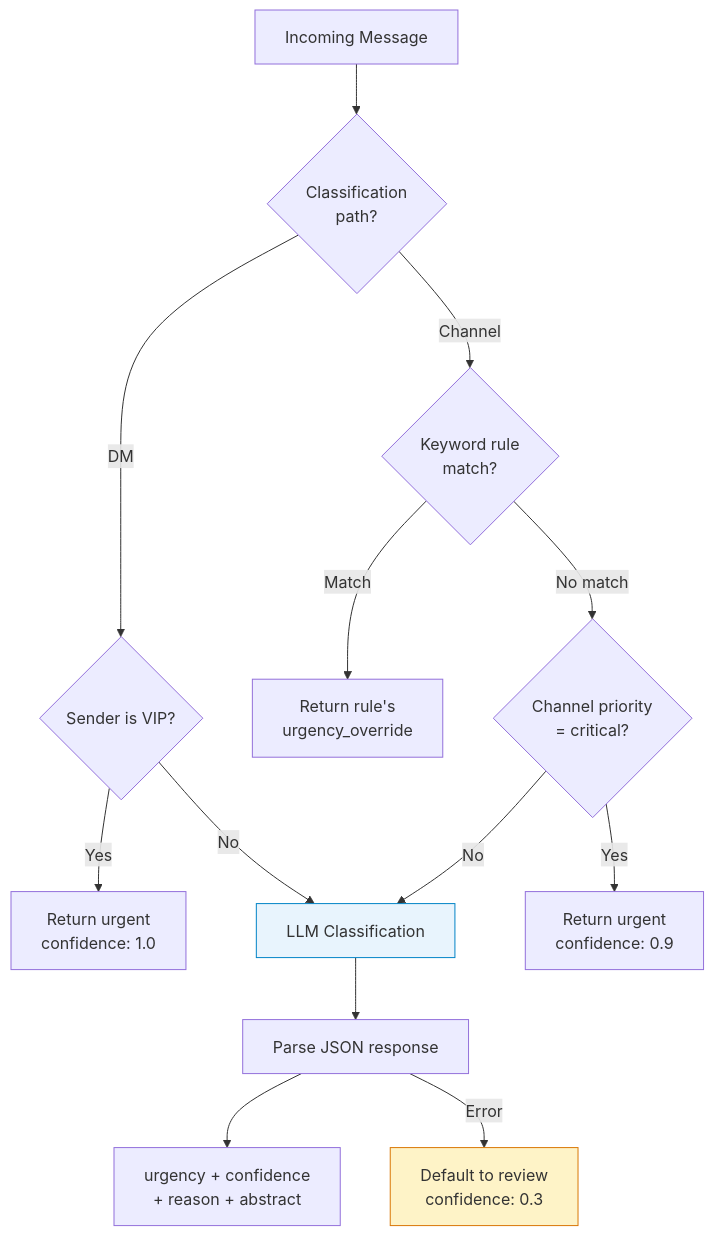
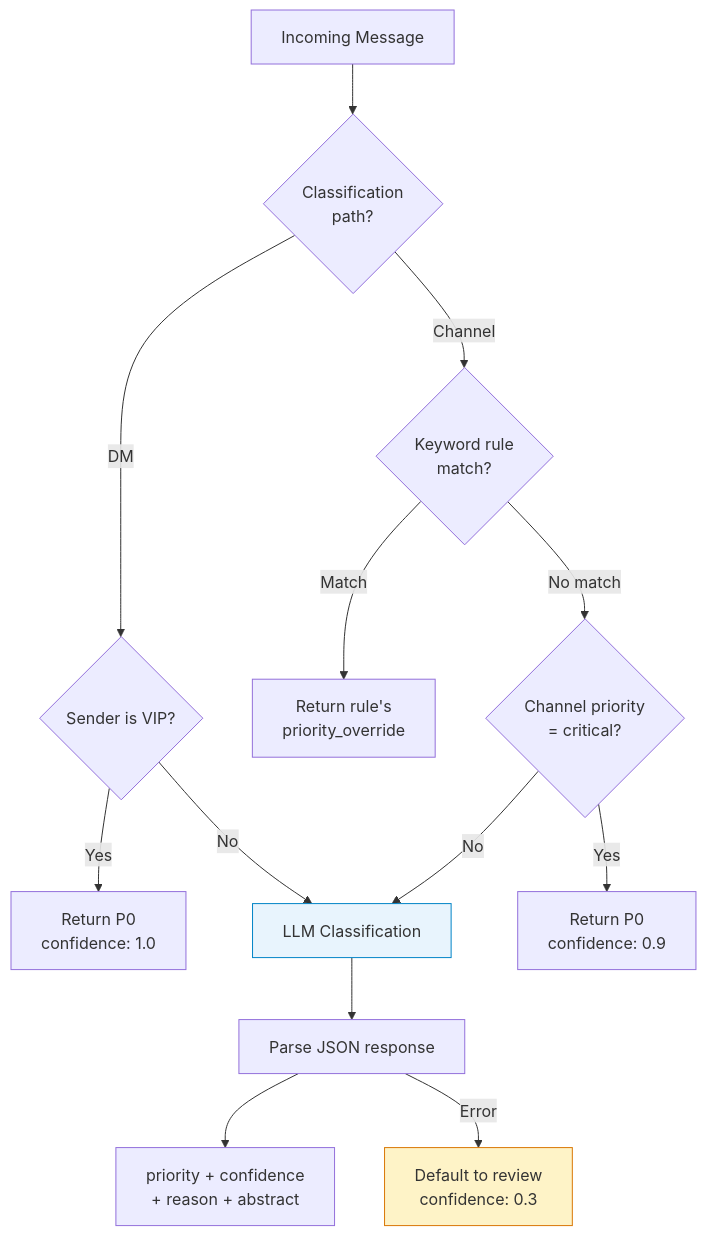
One commit to tekkno89/alfred-pa changed the second of 4 diagrams in .claude/diagrams/triage-flow.md. Above: the diagram before and after it, drawn with Mermaid. The commit also changed other lines of this file and 10 other files, not shown here.

First line of the commit message:
docs: Add missing diagrams and update docs for todos, notes, youtube, calendar, and triage

````diff
--- a/.claude/diagrams/triage-flow.md
+++ b/.claude/diagrams/triage-flow.md
@@ -39,18 +42,18 @@
 ```mermaid
 flowchart TD
     MSG[Incoming Message] --> PATH{Classification<br/>path?}
     PATH -->|DM| VIP{Sender is VIP?}
     PATH -->|Channel| KW{Keyword rule<br/>match?}
-    VIP -->|Yes| U1[Return urgent<br/>confidence: 1.0]
+    VIP -->|Yes| U1[Return P0<br/>confidence: 1.0]
     VIP -->|No| LLM[LLM Classification]
-    KW -->|Match| OV[Return rule's<br/>urgency_override]
-    KW -->|No match| PRI{Channel priority<br/>= critical?}
-    PRI -->|Yes| U2[Return urgent<br/>confidence: 0.9]
-    PRI -->|No| LLM
+    KW -->|Match| OV[Return rule's<br/>priority_override]
+    KW -->|No match| CPRI{Channel priority<br/>= critical?}
+    CPRI -->|Yes| U2[Return P0<br/>confidence: 0.9]
+    CPRI -->|No| LLM
     LLM --> PARSE[Parse JSON response]
-    PARSE --> RES[urgency + confidence<br/>+ reason + abstract]
+    PARSE --> RES[priority + confidence<br/>+ reason + abstract]
     PARSE -->|Error| FALLBACK[Default to review<br/>confidence: 0.3]
 
     style LLM fill:#e8f4fd,stroke:#0284c7
     style FALLBACK fill:#fef3c7,stroke:#d97706
 ```
````
